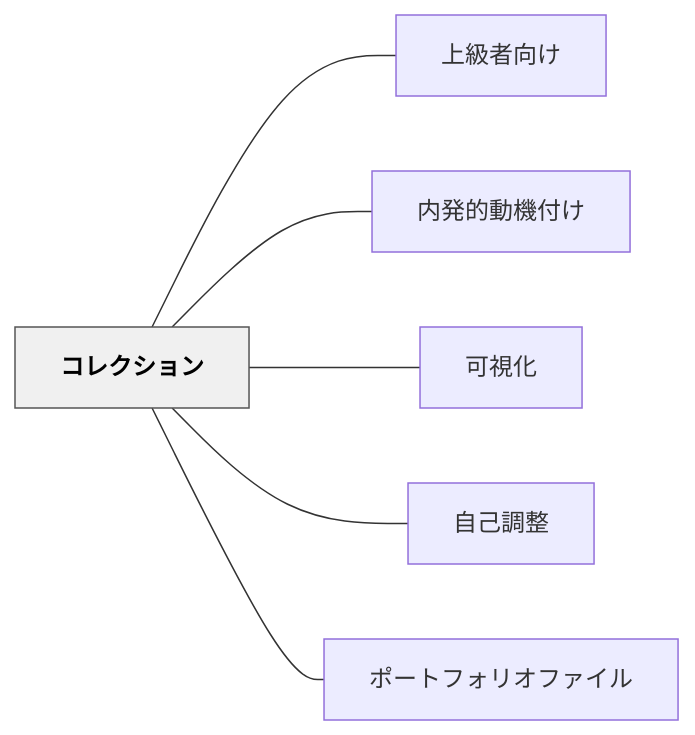
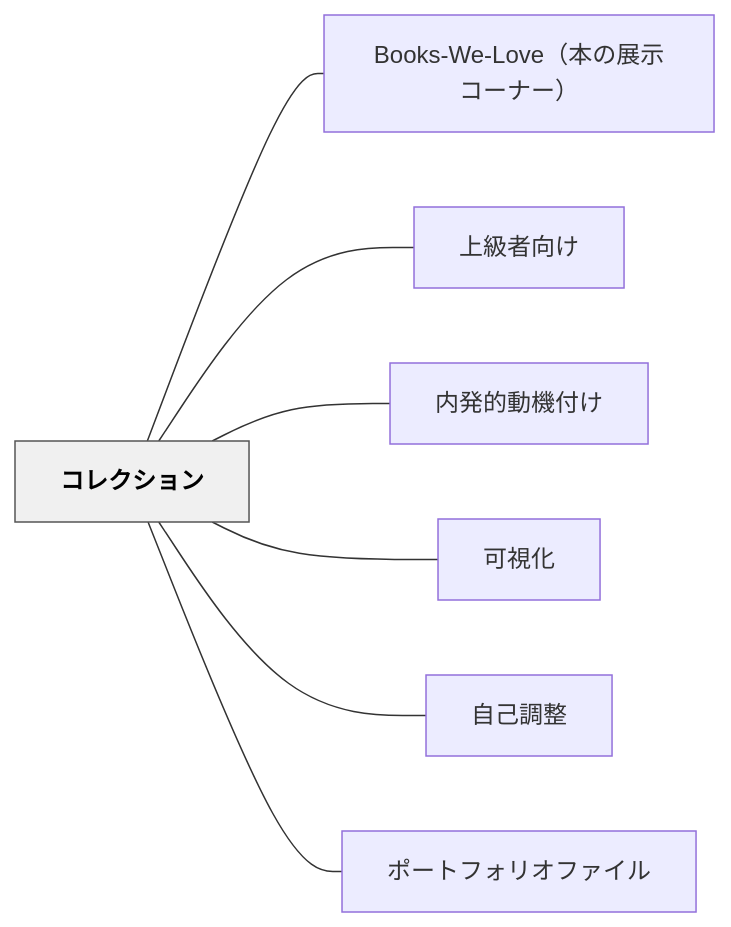
Before and after one commit to unknownthings-ed-patterns/unknownthings-ed-patterns: the diagram in content/パタン/コレクション.md, drawn with Mermaid. The commit also changed other lines of this file and 473 other files, not shown here.

````diff
--- a/content/パタン/コレクション.md
+++ b/content/パタン/コレクション.md
@@ -75,18 +76,20 @@
 ```mermaid
 flowchart LR
     ne382b3e383ac["コレクション"]
+    n426f6f6b732d["Books-We-Love（本の展示コーナー）"]
     ne4b88ae7b49a["上級者向け"]
     ne58685e799ba["内発的動機付け"]
     ne58fafe8a696["可視化"]
     ne887aae5b7b1["自己調整"]
     ne3839de383bc["ポートフォリオファイル"]
 
+    ne382b3e383ac --- n426f6f6b732d
     ne382b3e383ac --- ne4b88ae7b49a
     ne382b3e383ac --- ne58685e799ba
     ne382b3e383ac --- ne58fafe8a696
     ne382b3e383ac --- ne887aae5b7b1
     ne382b3e383ac --- ne3839de383bc
 
     classDef hub fill:#f0f0f0,stroke:#555,color:#000,font-weight:bold
     class ne382b3e383ac hub
 ```
````
